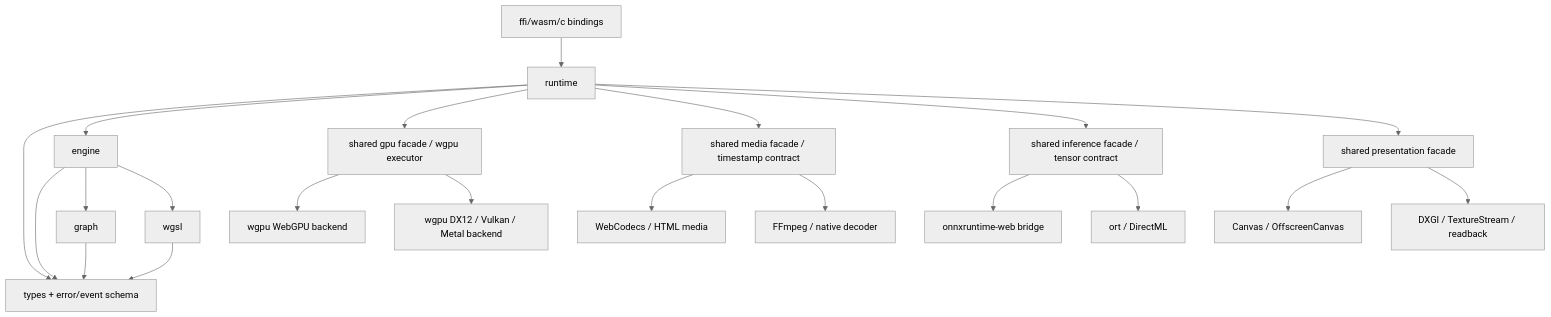
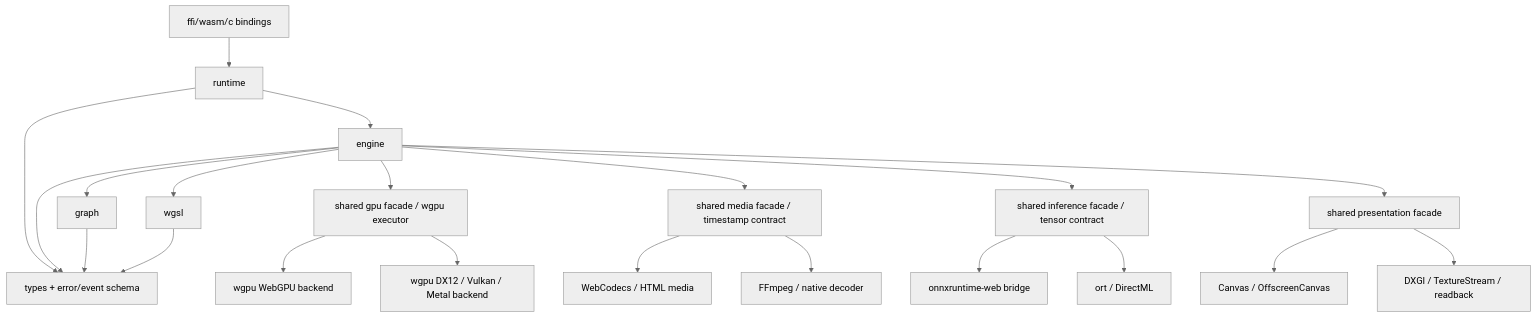
Diagram 12 of 12 in docs/DESIGN.md (sanitor/open_quartz), drawn with Mermaid (neutral theme) before and after one commit. The commit also changed other lines of this file, not shown here.

````diff
--- a/docs/DESIGN.md
+++ b/docs/DESIGN.md
@@ -819,42 +820,42 @@
 ```mermaid
 flowchart TD
     Schema[types + error/event schema]
     Graph[graph]
     Wgsl[wgsl]
     Engine[engine]
     Runtime[runtime]
     Gpu[shared gpu facade / wgpu executor]
     Media[shared media facade / timestamp contract]
     Inference[shared inference facade / tensor contract]
     Presentation[shared presentation facade]
     WgpuWeb[wgpu WebGPU backend]
     WgpuNative[wgpu DX12 / Vulkan / Metal backend]
     WebMedia[WebCodecs / HTML media]
     NativeMedia[FFmpeg / native decoder]
     OrtWeb[onnxruntime-web bridge]
     OrtNative[ort / DirectML]
     WebPresenter[Canvas / OffscreenCanvas]
     NativePresenter[DXGI / TextureStream / readback]
     Binding[ffi/wasm/c bindings]
 
     Graph --> Schema
     Wgsl --> Schema
     Engine --> Schema
     Engine --> Graph
     Engine --> Wgsl
     Runtime --> Schema
     Runtime --> Engine
-    Runtime --> Gpu
-    Runtime --> Media
-    Runtime --> Inference
-    Runtime --> Presentation
+    Engine --> Gpu
+    Engine --> Media
+    Engine --> Inference
+    Engine --> Presentation
     Gpu --> WgpuWeb
     Gpu --> WgpuNative
     Media --> WebMedia
     Media --> NativeMedia
     Inference --> OrtWeb
     Inference --> OrtNative
     Presentation --> WebPresenter
     Presentation --> NativePresenter
     Binding --> Runtime
 ```
````
